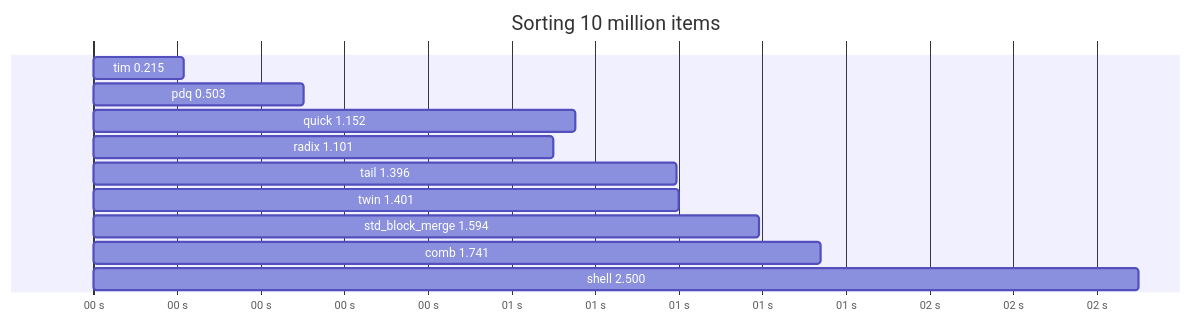
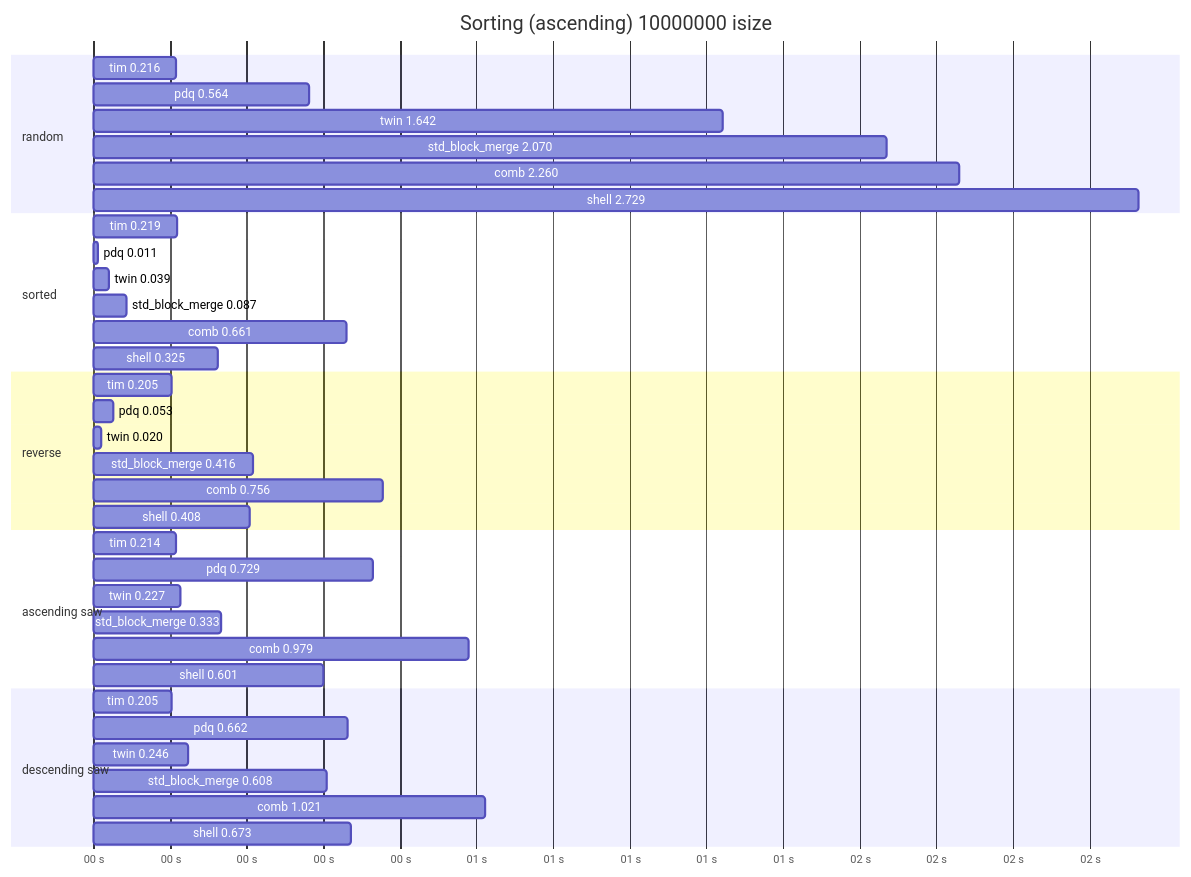
The third of 4 diagrams in README.md (alichraghi/zort), drawn with Mermaid before and after one commit. The commit also changed other lines of this file and 3 other files, not shown here.

````diff
--- a/README.md
+++ b/README.md
@@ -58,15 +100,41 @@
 ```mermaid
 gantt
-    title Sorting 10 million items
+    title Sorting (ascending) 10000000 isize
     dateFormat x
     axisFormat %S s
-    tim 0.215: 0,215
-    pdq 0.503: 0,503
-    quick 1.152: 0,1152
-    radix 1.101: 0,1101
-    tail 1.396: 0,1396
-    twin 1.401: 0,1401
-    std_block_merge 1.594: 0,1594
-    comb 1.741: 0,1741
-    shell 2.500: 0,2501
+    section random
+    tim 0.216: 0,216
+    pdq 0.564: 0,564
+    twin 1.642: 0,1642
+    std_block_merge 2.070: 0,2070
+    comb 2.260: 0,2260
+    shell 2.729: 0,2727
+    section sorted
+    tim 0.219: 0,219
+    pdq 0.011: 0,11
+    twin 0.039: 0,39
+    std_block_merge 0.087: 0,87
+    comb 0.661: 0,661
+    shell 0.325: 0,325
+    section reverse
+    tim 0.205: 0,205
+    pdq 0.053: 0,53
+    twin 0.020: 0,20
+    std_block_merge 0.416: 0,416
+    comb 0.756: 0,756
+    shell 0.408: 0,408
+    section ascending saw
+    tim 0.214: 0,214
+    pdq 0.729: 0,729
+    twin 0.227: 0,227
+    std_block_merge 0.333: 0,333
+    comb 0.979: 0,979
+    shell 0.601: 0,601
+    section descending saw
+    tim 0.205: 0,205
+    pdq 0.662: 0,662
+    twin 0.246: 0,246
+    std_block_merge 0.608: 0,608
+    comb 1.021: 0,1021
+    shell 0.673: 0,673
 ```
````
